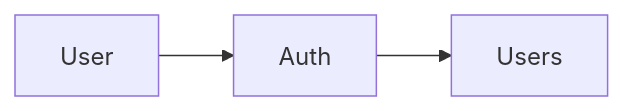
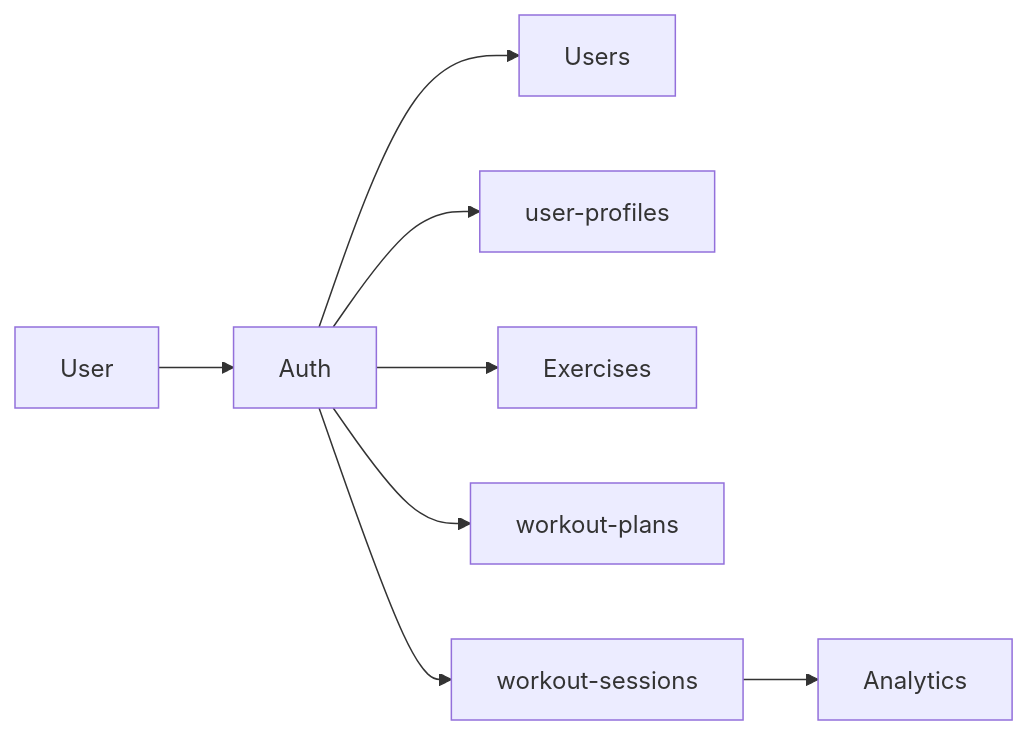
The diagram in README.md (evdmatvey/muscle-boost-backend), drawn with Mermaid before and after one commit. The commit also changed other lines of this file and 2 other files, not shown here.

````diff
--- a/README.md
+++ b/README.md
@@ -31,5 +28,10 @@
 ```mermaid
 flowchart LR
   User --> Auth
   Auth --> Users
+  Auth --> Profiles[user-profiles]
+  Auth --> Exercises
+  Auth --> Plans[workout-plans]
+  Auth --> Sessions[workout-sessions]
+  Sessions --> Analytics
 ```
````
